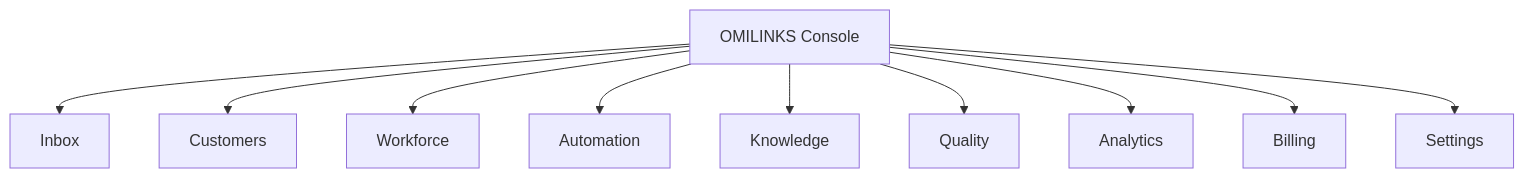
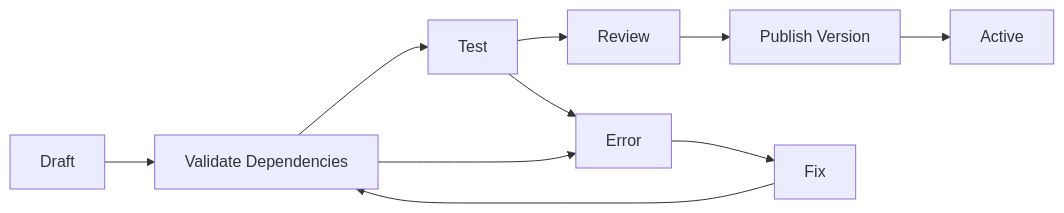
The third of 4 diagrams in docs/product/UX-flows.md (D-engahmed/OMILINKS), drawn with Mermaid before and after one commit. The commit also changed other lines of this file and 2 other files, not shown here.

```diff
--- a/docs/product/UX-flows.md
+++ b/docs/product/UX-flows.md
@@ -208,13 +108,12 @@
 ~~~mermaid
-flowchart TB
-APP[OMILINKS Console]
-APP --> INBOX[Inbox]
-APP --> CUSTOMERS[Customers]
-APP --> WORKFORCE[Workforce]
-APP --> AUTOMATION[Automation]
-APP --> KNOWLEDGE[Knowledge]
-APP --> QUALITY[Quality]
-APP --> ANALYTICS[Analytics]
-APP --> BILLING[Billing]
-APP --> SETTINGS[Settings]
+flowchart LR
+DRAFT[Draft] --> VALIDATE[Validate Dependencies]
+VALIDATE --> TEST[Test]
+TEST --> REVIEW[Review]
+REVIEW --> PUBLISH[Publish Version]
+PUBLISH --> ACTIVE[Active]
+VALIDATE --> ERROR[Error]
+TEST --> ERROR
+ERROR --> FIX[Fix]
+FIX --> VALIDATE
 ~~~
```
